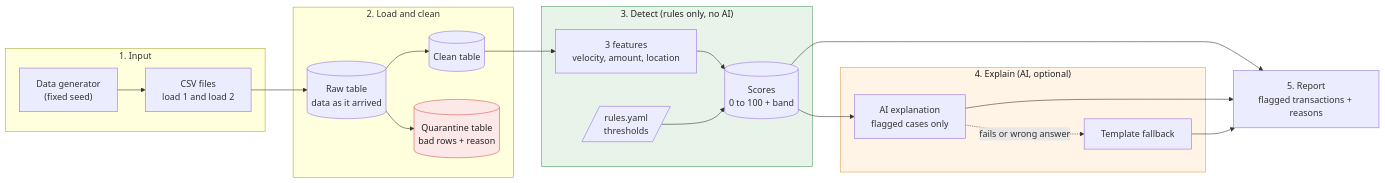
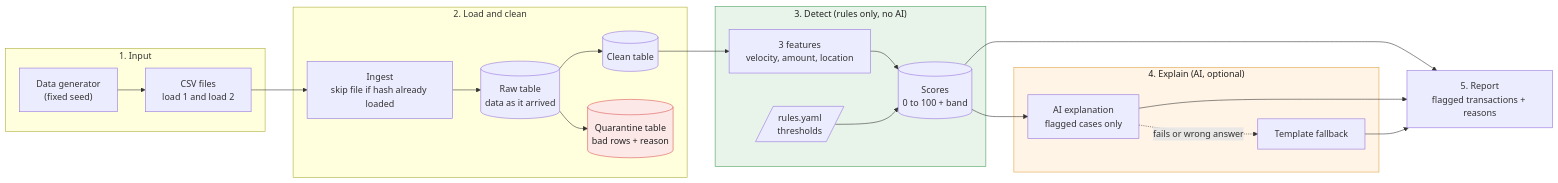
One commit to rituAg2004/fraud-feature-pipeline changed the diagram in docs/architecture.md. Above: the diagram before and after it, drawn with Mermaid.

Commit message:
docs: add ingest step to architecture diagram

````diff
--- a/docs/architecture.md
+++ b/docs/architecture.md
@@ -6,41 +6,43 @@
 ```mermaid
 flowchart LR
     subgraph IN["1. Input"]
         A["Data generator<br/>(fixed seed)"] --> B["CSV files<br/>load 1 and load 2"]
     end
 
     subgraph STORE["2. Load and clean"]
+        I["Ingest<br/>skip file if hash already loaded"]
         C[("Raw table<br/>data as it arrived")]
         D[("Clean table")]
         Q[("Quarantine table<br/>bad rows + reason")]
+        I --> C
         C --> D
         C --> Q
     end
 
     subgraph DETECT["3. Detect (rules only, no AI)"]
         F["3 features<br/>velocity, amount, location"]
         R[/"rules.yaml<br/>thresholds"/]
         S[("Scores<br/>0 to 100 + band")]
         F --> S
         R --> S
     end
 
     subgraph EXPLAIN["4. Explain (AI, optional)"]
         L["AI explanation<br/>flagged cases only"]
         T["Template fallback"]
         L -. fails or wrong answer .-> T
     end
 
     OUT["5. Report<br/>flagged transactions + reasons"]
 
-    B --> C
+    B --> I
     D --> F
     S --> L
     S --> OUT
     L --> OUT
     T --> OUT
 
     style DETECT fill:#e8f4ea,stroke:#4a9d5b,color:#222
     style EXPLAIN fill:#fff4e5,stroke:#e0a040,color:#222
     style Q fill:#fde8e8,stroke:#d9534f,color:#222
 ```
````
